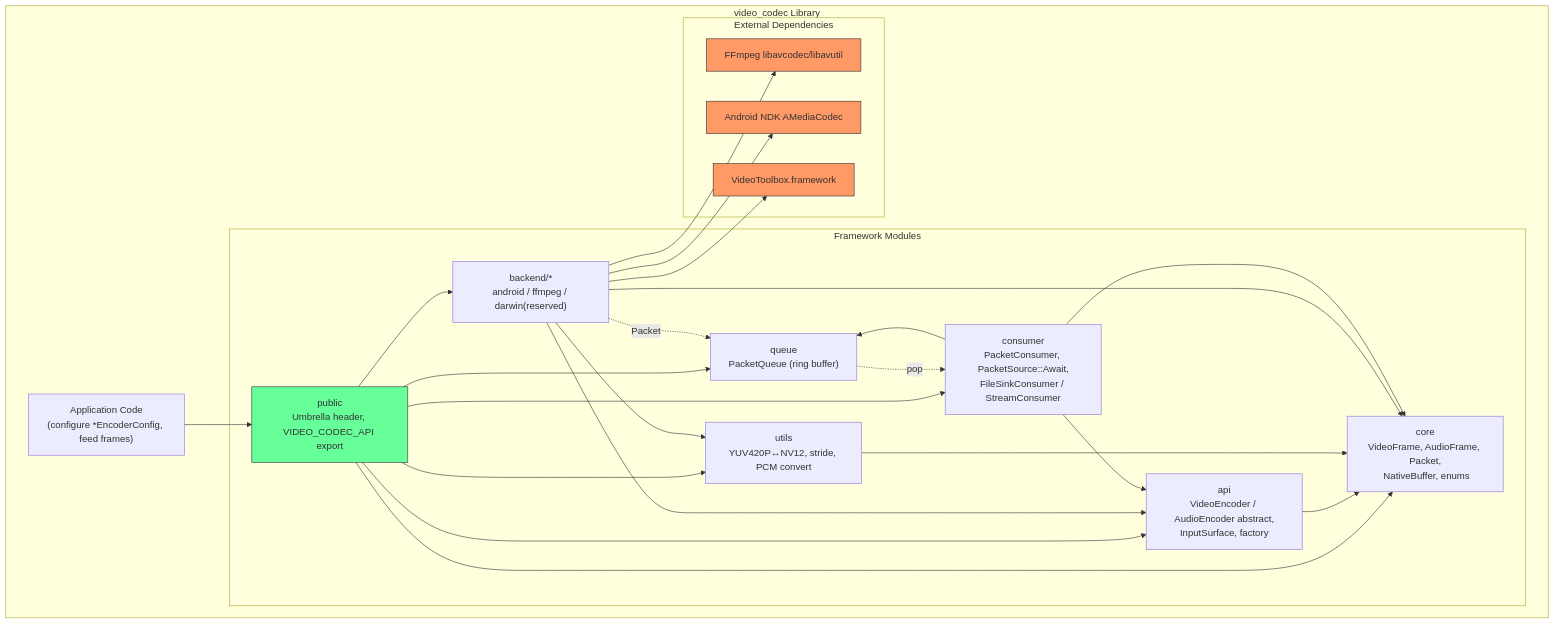
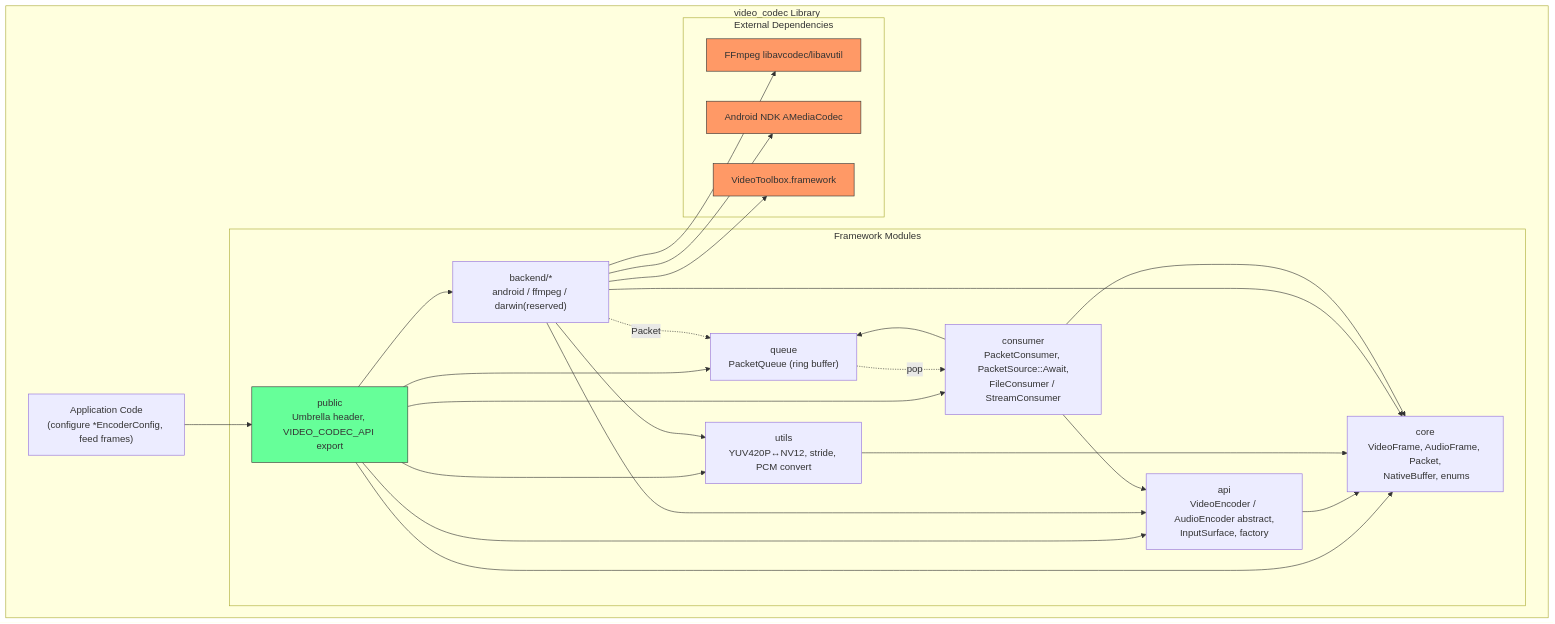
Before and after one commit to oxsource/video_codec: the first of 7 diagrams in specs/002-architecture-engineering-design/plan.md, drawn with Mermaid. The commit also changed other lines of this file and 23 other files, not shown here.

First line of the commit message:
refactor(consumer): rename file_sink_consumer to file_consumer

````diff
--- a/specs/002-architecture-engineering-design/plan.md
+++ b/specs/002-architecture-engineering-design/plan.md
@@ -133,48 +133,48 @@
 ```mermaid
 graph TD
     subgraph "video_codec Library"
         APP["Application Code<br/>(configure *EncoderConfig, feed frames)"]
 
         subgraph "Framework Modules"
             CORE["core<br/>VideoFrame, AudioFrame, Packet,<br/> NativeBuffer, enums"]
             API["api<br/>VideoEncoder / AudioEncoder abstract,<br/>InputSurface, factory"]
             UTILS["utils<br/>YUV420P↔NV12, stride, PCM convert"]
             BFF["backend/*<br/>android / ffmpeg / darwin(reserved)"]
             QUEUE["queue<br/>PacketQueue (ring buffer)"]
-            CONSUMER["consumer<br/>PacketConsumer, PacketSource::Await,<br/>FileSinkConsumer / StreamConsumer"]
+            CONSUMER["consumer<br/>PacketConsumer, PacketSource::Await,<br/>FileConsumer / StreamConsumer"]
             PUBLIC["public<br/>Umbrella header, VIDEO_CODEC_API export"]
         end
 
         subgraph "External Dependencies"
             FFMPEG["FFmpeg libavcodec/libavutil"]
             NDK["Android NDK AMediaCodec"]
             VT["VideoToolbox.framework"]
         end
 
         APP --> PUBLIC
         PUBLIC --> API
         PUBLIC --> CORE
         PUBLIC --> UTILS
         PUBLIC --> BFF
         PUBLIC --> QUEUE
         PUBLIC --> CONSUMER
         API --> CORE
         UTILS --> CORE
         BFF --> API
         BFF --> CORE
         BFF --> UTILS
         BFF --> FFMPEG
         BFF --> NDK
         BFF --> VT
         BFF -.->|Packet| QUEUE
         CONSUMER --> QUEUE
         CONSUMER --> API
         CONSUMER --> CORE
         QUEUE -.->|pop| CONSUMER
     end
 
     style FFMPEG fill:#f96,stroke:#333
     style NDK fill:#f96,stroke:#333
     style VT fill:#f96,stroke:#333
     style PUBLIC fill:#6f9,stroke:#333
 ```
````
